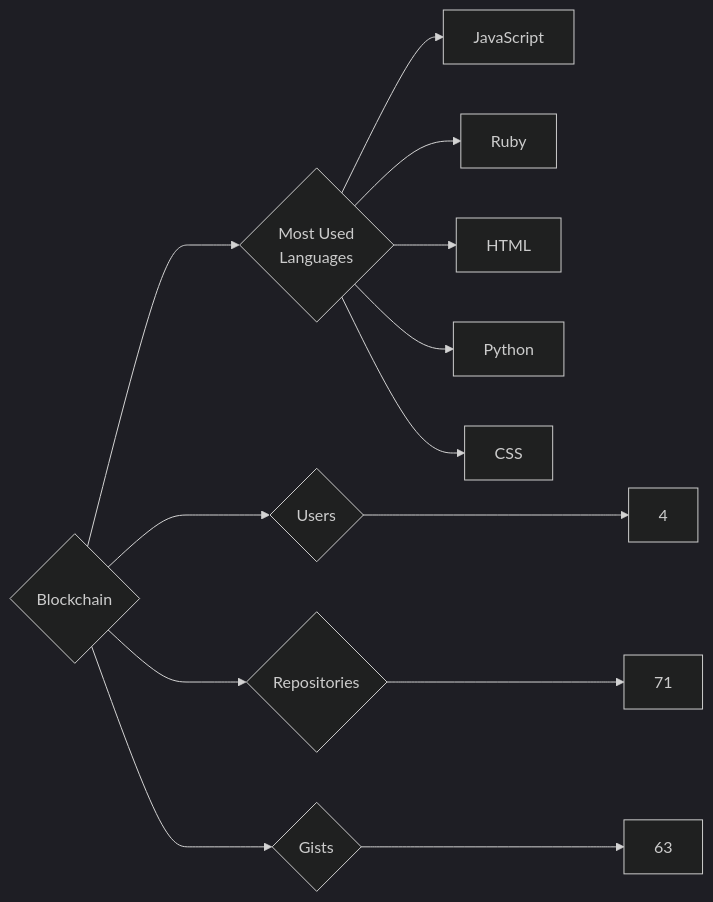
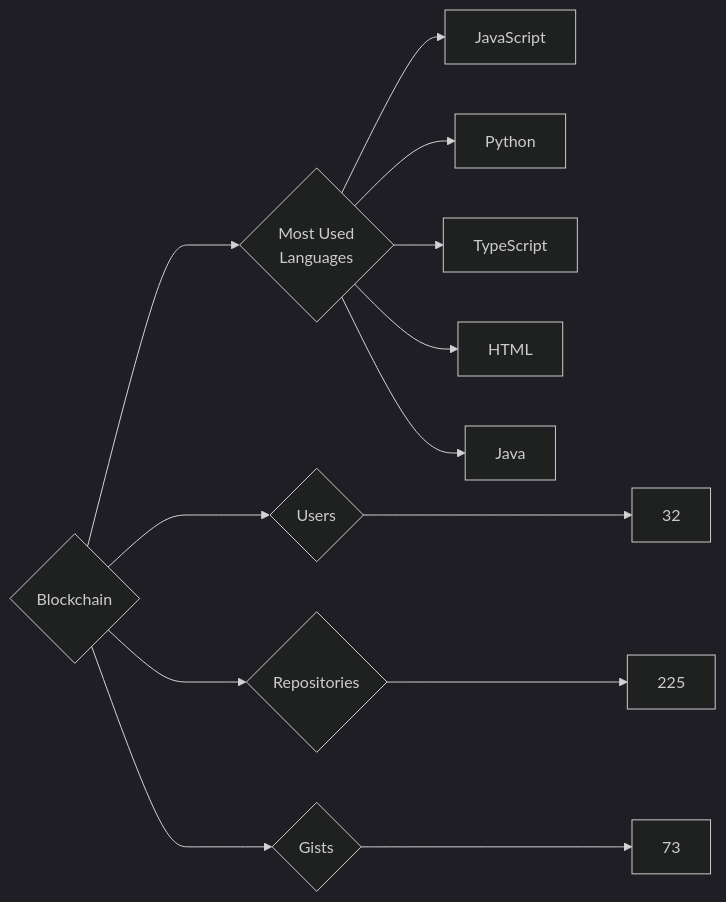
The diagram in targets/Blockchain/README.md (trickest/insiders), drawn with Mermaid (dark theme) before and after one commit. The commit also changed 944 other files, not shown here.

````diff
--- a/targets/Blockchain/README.md
+++ b/targets/Blockchain/README.md
@@ -3,13 +3,13 @@
 ```mermaid
 graph LR
 COMPANY_NAME{Blockchain}
-COMPANY_NAME ---> U{Users} ---> UN[4]
-COMPANY_NAME ---> R{Repositories} ---> RN[71]
-COMPANY_NAME ---> G{Gists} ---> GN[63]
+COMPANY_NAME ---> U{Users} ---> UN[32]
+COMPANY_NAME ---> R{Repositories} ---> RN[225]
+COMPANY_NAME ---> G{Gists} ---> GN[73]
 COMPANY_NAME ---> ML{Most Used<br>Languages}
 ML --> JavaScript[JavaScript]
-ML --> Ruby[Ruby]
+ML --> Python[Python]
+ML --> TypeScript[TypeScript]
 ML --> HTML[HTML]
-ML --> Python[Python]
-ML --> CSS[CSS]
+ML --> Java[Java]
 ```
````
